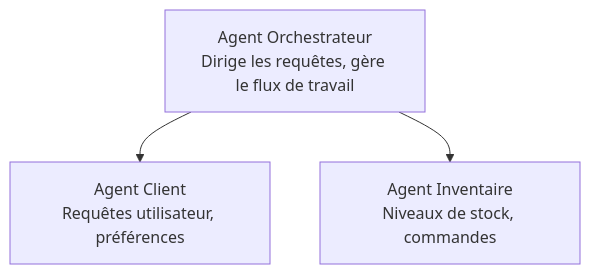
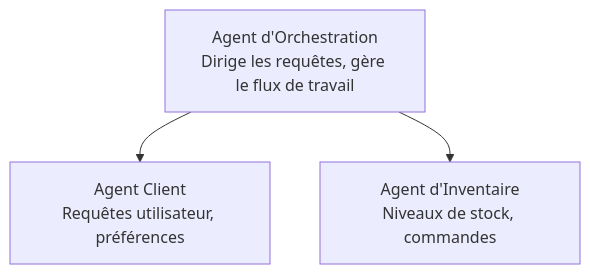
The diagram in translations/fr/docs/chapter-05-multi-agent/README.md (microsoft/AZD-for-beginners), drawn with Mermaid before and after one commit. The commit also changed other lines of this file and 61 other files, not shown here.

````diff
--- a/translations/fr/docs/chapter-05-multi-agent/README.md
+++ b/translations/fr/docs/chapter-05-multi-agent/README.md
@@ -54,5 +54,5 @@
 ```mermaid
 graph TD
-    Orchestrator[Agent Orchestrateur<br/>Dirige les requêtes, gère le flux de travail] --> Customer[Agent Client<br/>Requêtes utilisateur, préférences]
-    Orchestrator --> Inventory[Agent Inventaire<br/>Niveaux de stock, commandes]
+    Orchestrator[Agent d'Orchestration<br/>Dirige les requêtes, gère le flux de travail] --> Customer[Agent Client<br/>Requêtes utilisateur, préférences]
+    Orchestrator --> Inventory[Agent d'Inventaire<br/>Niveaux de stock, commandes]
 ```
````
